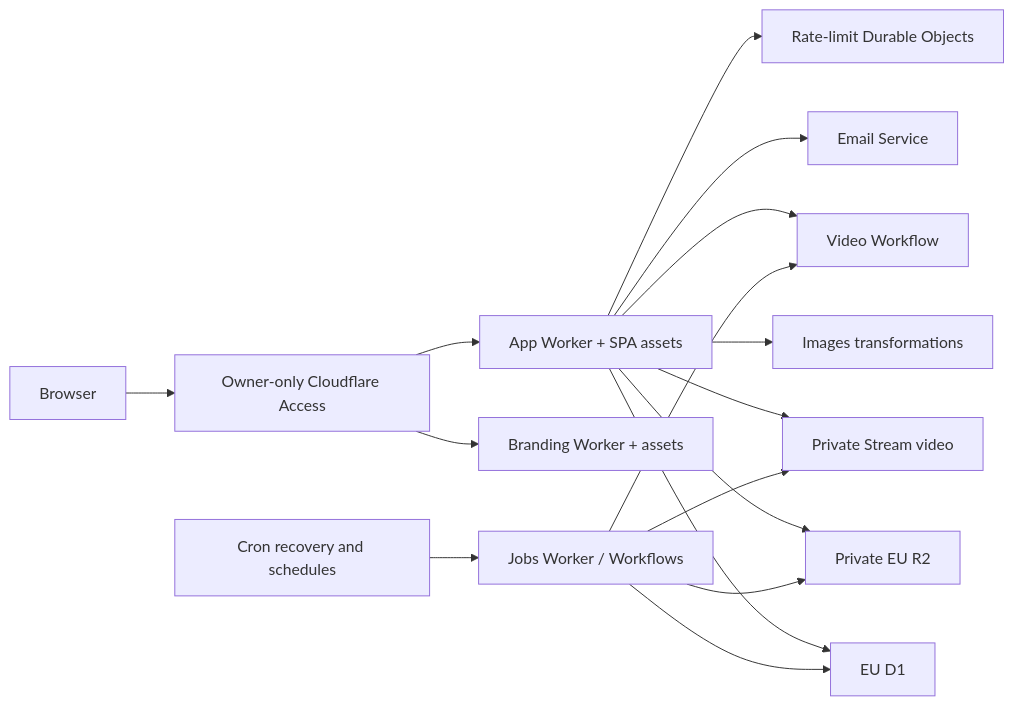
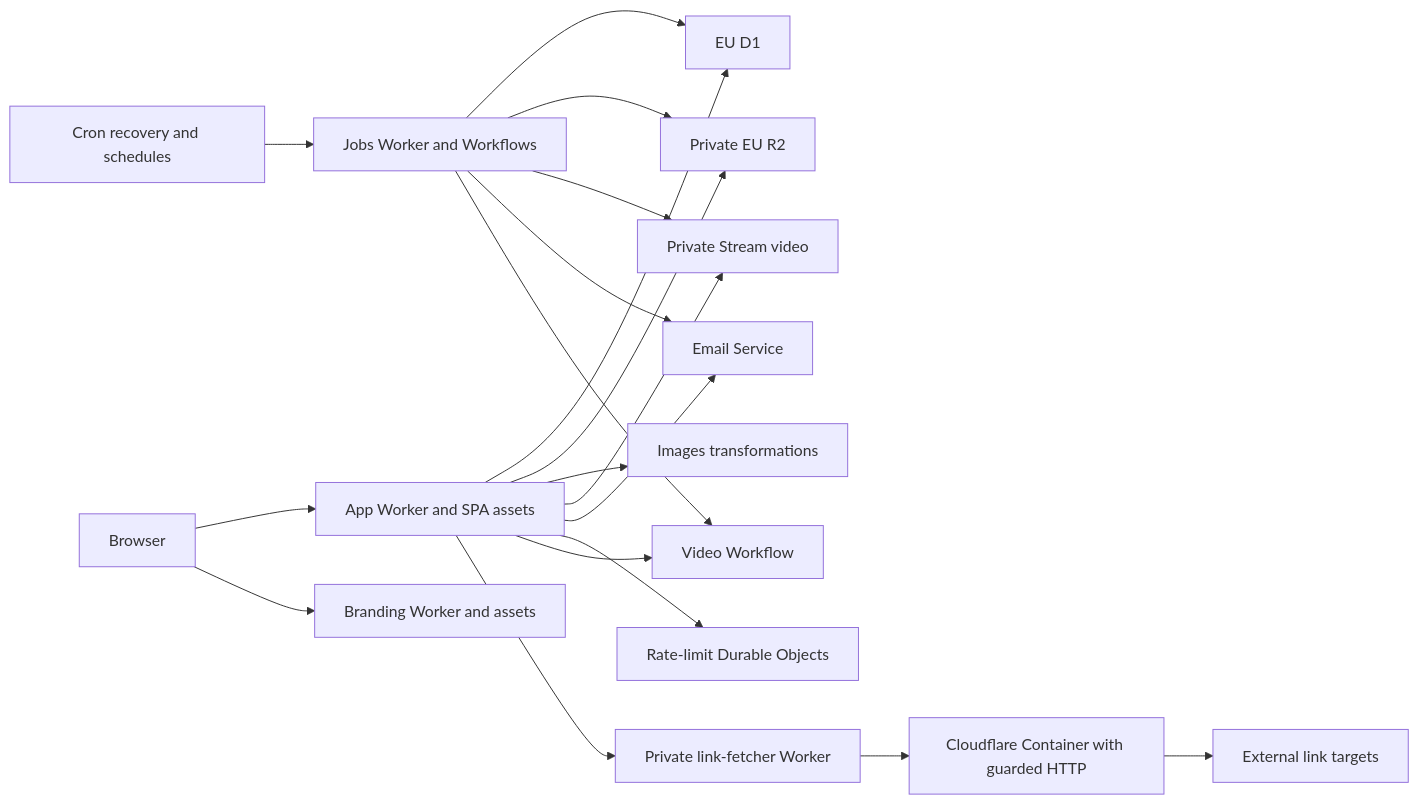
The diagram in docs/architecture.md (ElCabrii/MyTuums), drawn with Mermaid before and after one commit. The commit also changed other lines of this file and 9 other files, not shown here.

````diff
--- a/docs/architecture.md
+++ b/docs/architecture.md
@@ -55,18 +56,21 @@
 ```mermaid
 flowchart LR
-  Browser --> Access[Owner-only Cloudflare Access]
-  Access --> App[App Worker + SPA assets]
-  Access --> Branding[Branding Worker + assets]
+  Browser --> App[App Worker and SPA assets]
+  Browser --> Branding[Branding Worker and assets]
   App --> D1[EU D1]
   App --> R2[Private EU R2]
   App --> Images[Images transformations]
   App --> Stream[Private Stream video]
   App --> Email[Email Service]
   App --> Counters[Rate-limit Durable Objects]
   App --> Video[Video Workflow]
-  Cron[Cron recovery and schedules] --> Jobs[Jobs Worker / Workflows]
+  App --> Links[Private link-fetcher Worker]
+  Links --> Container[Cloudflare Container with guarded HTTP]
+  Container --> Targets[External link targets]
+  Cron[Cron recovery and schedules] --> Jobs[Jobs Worker and Workflows]
   Jobs --> D1
   Jobs --> R2
   Jobs --> Stream
+  Jobs --> Email
   Jobs --> Video
 ```
````
